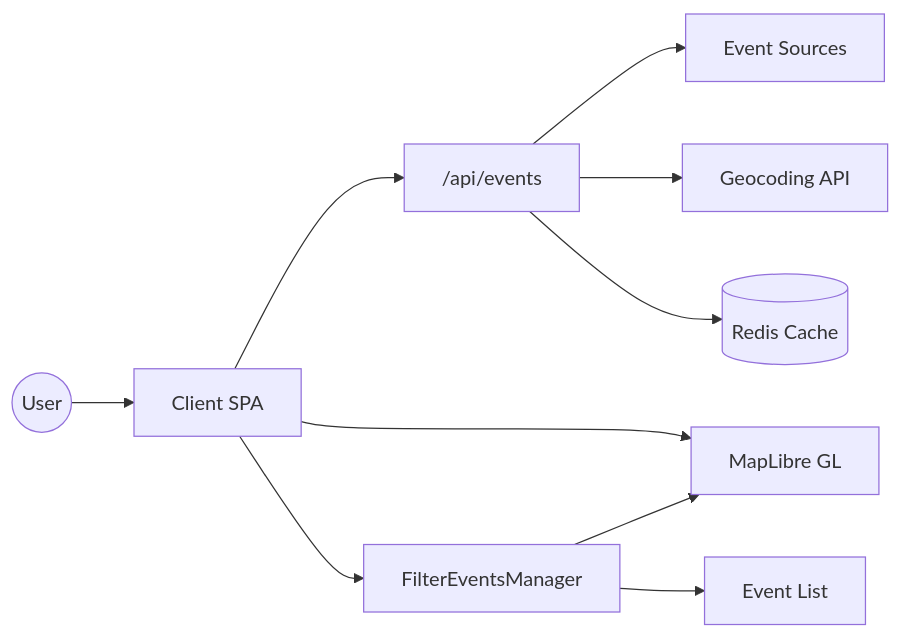
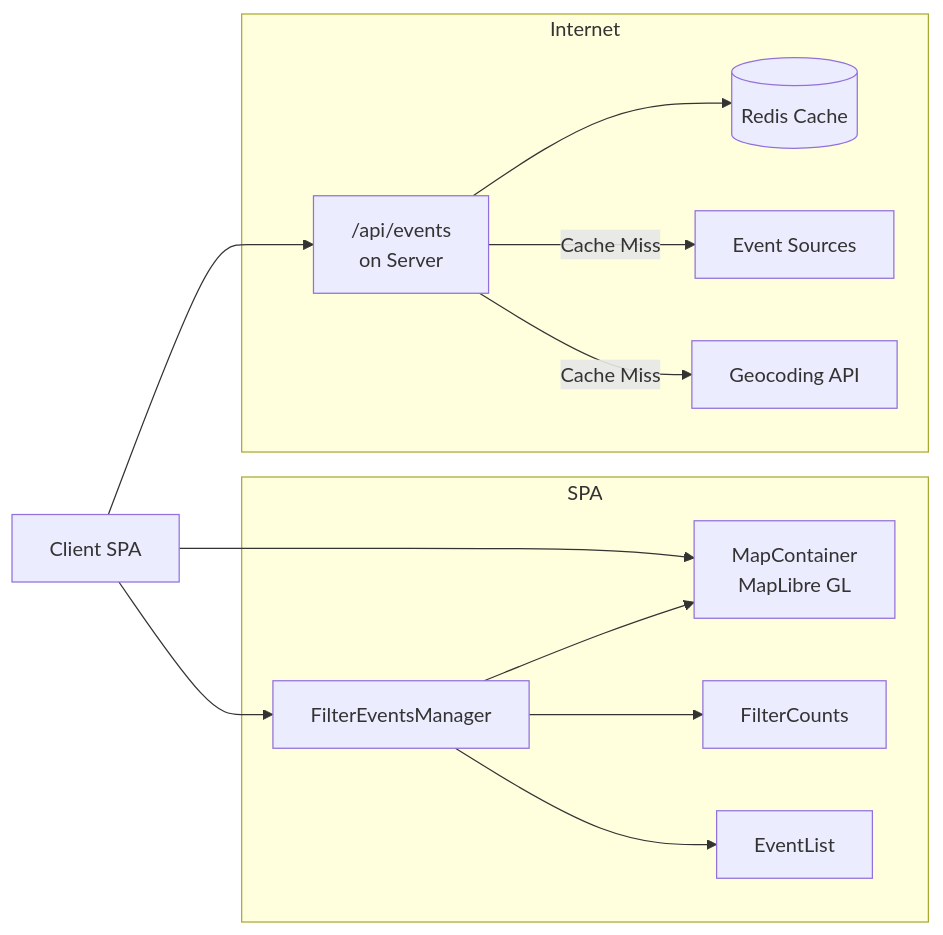
One commit to chadn/cmf changed the diagram in docs/ARCHITECTURE.md. Above: the diagram before and after it, drawn with Mermaid. The commit also changed other lines of this file and 8 other files, not shown here.

````diff
--- a/docs/ARCHITECTURE.md
+++ b/docs/ARCHITECTURE.md
@@ -23,12 +48,24 @@
 ```mermaid
 flowchart LR
-    User((User)) --> Client[Client SPA]
-    Client --> API["/api/events"]
-    API --> ES[Event Sources]
-    API --> GC[Geocoding API]
+    Client[Client SPA] --> API["/api/events<br/>on Server"]
     API --> Cache[(Redis Cache)]
-    Client --> Map[MapLibre GL]
+    API -->|Cache Miss| ES[Event Sources]
+    API -->|Cache Miss| GC[Geocoding API]
+    Client --> Map[MapContainer<br/>MapLibre GL]
     Client --> Filters[FilterEventsManager]
+    Filters --> FilterCounts[FilterCounts]
     Filters --> Map
-    Filters --> List[Event List]
+    Filters --> List[EventList]
+    subgraph SPA
+        Map
+        Filters
+        FilterCounts
+        List
+    end
+    subgraph Internet
+        API
+        Cache
+        ES
+        GC
+    end
 ```
````
